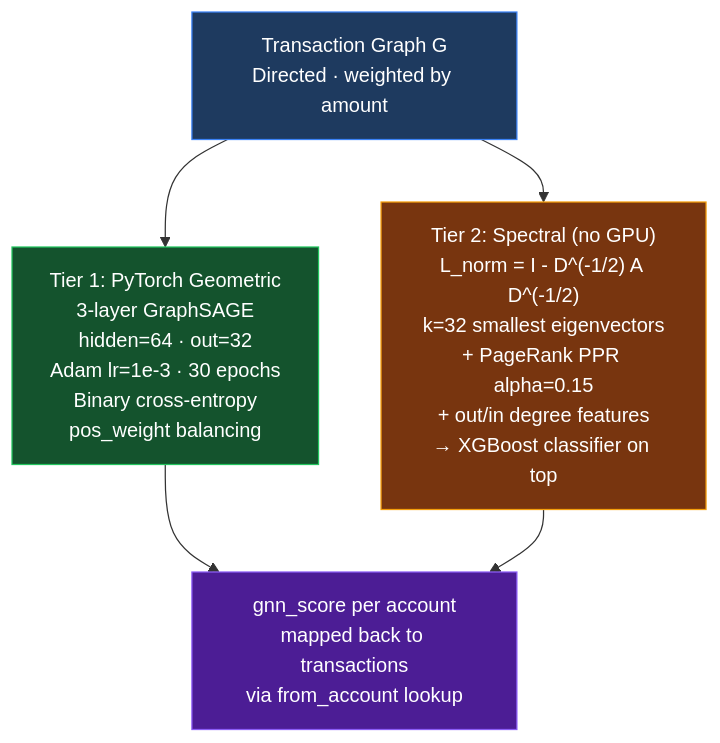
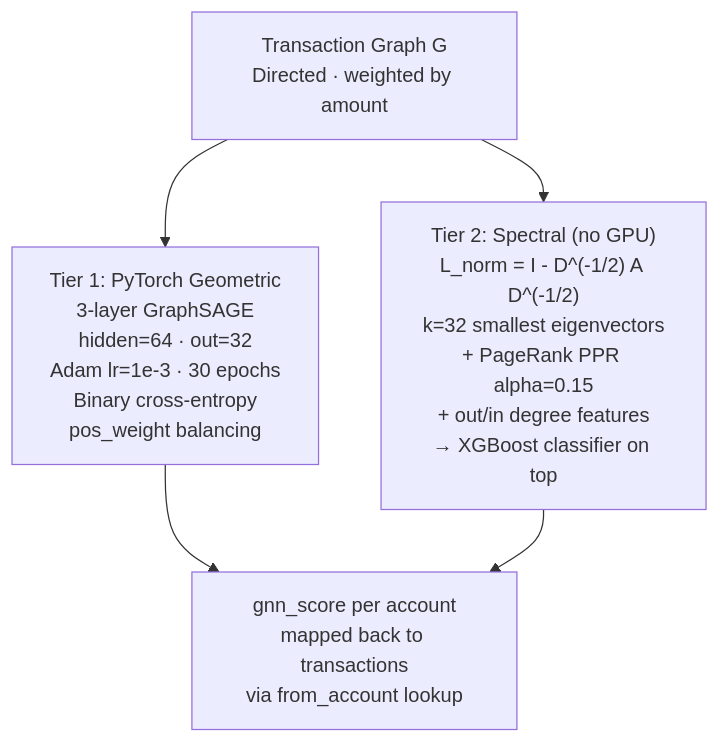
One commit to gregorizeidler/AML-multiverse-simulator changed the eighth of 23 diagrams in README.md. Above: the diagram before and after it, drawn with Mermaid. The commit also changed other lines of this file, not shown here.

Commit message:
fix: remove all custom mermaid style directives incompatible with GitHub renderer

````diff
--- a/README.md
+++ b/README.md
@@ -795,15 +754,11 @@
 ```mermaid
 flowchart TD
-    style G fill:#1e3a5f,stroke:#3b82f6,color:#fff
-    style T1 fill:#14532d,stroke:#22c55e,color:#fff
-    style T2 fill:#78350f,stroke:#f59e0b,color:#fff
-    style C fill:#4c1d95,stroke:#8b5cf6,color:#fff
 
     G["Transaction Graph G\nDirected · weighted by amount"] --> T1
     G --> T2
 
     T1["Tier 1: PyTorch Geometric\n3-layer GraphSAGE\nhidden=64 · out=32\nAdam lr=1e-3 · 30 epochs\nBinary cross-entropy\npos_weight balancing"] --> C
     T2["Tier 2: Spectral (no GPU)\nL_norm = I - D^(-1/2) A D^(-1/2)\nk=32 smallest eigenvectors\n+ PageRank PPR alpha=0.15\n+ out/in degree features\n→ XGBoost classifier on top"] --> C
 
     C["gnn_score per account\nmapped back to transactions\nvia from_account lookup"]
 ```
````
